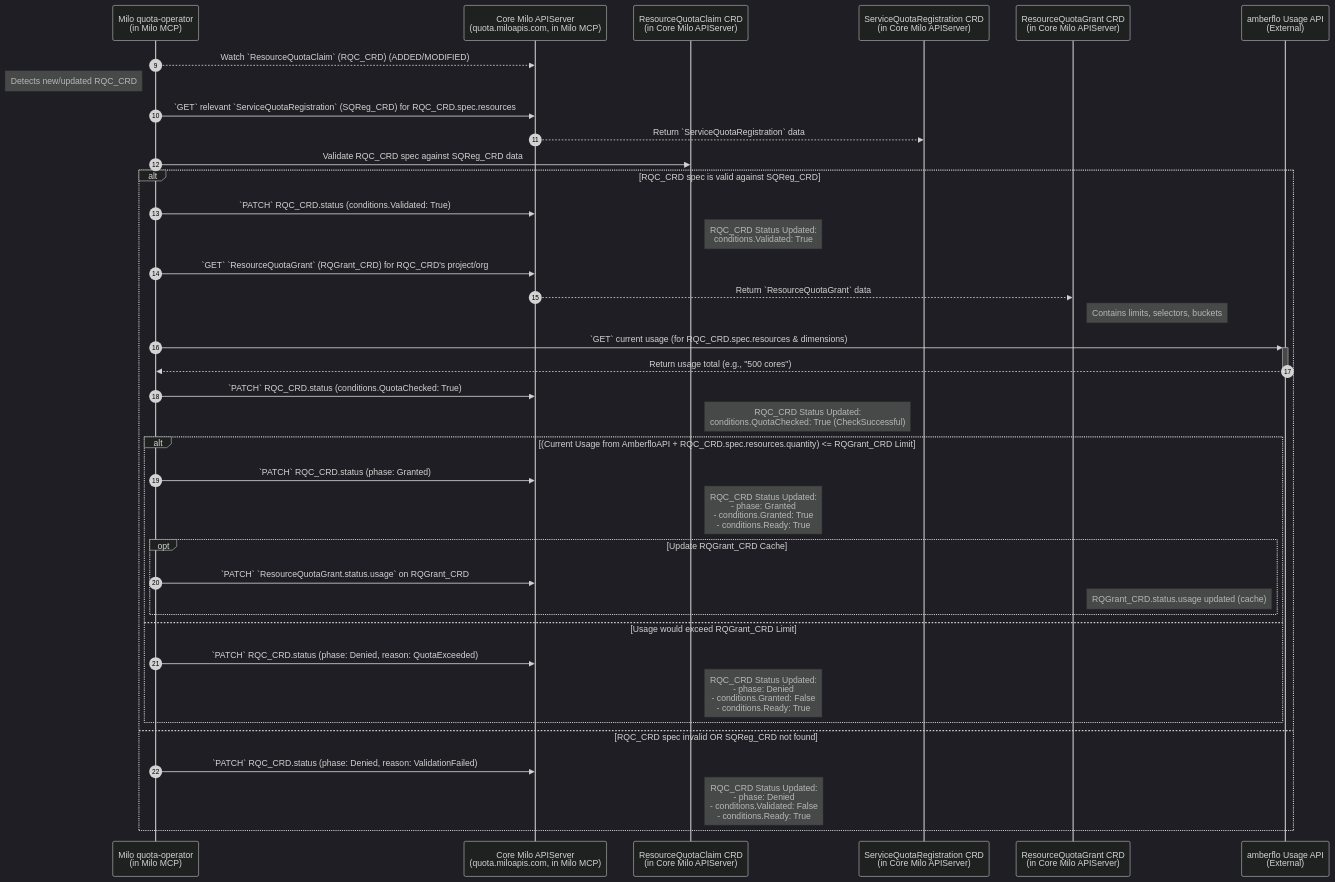
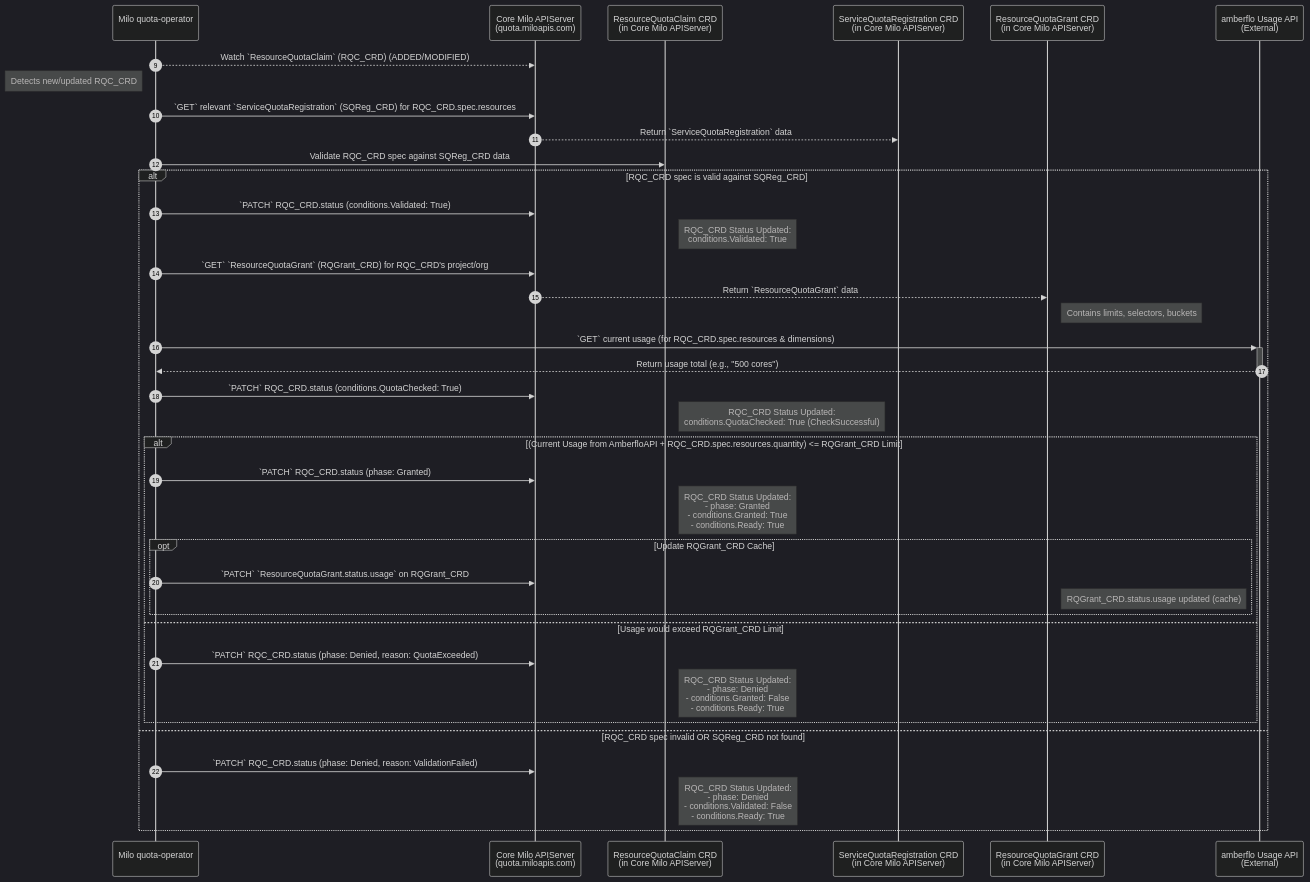
The sixth of 9 diagrams in enhancements/platform/quota-management/README.md (datum-cloud/enhancements), drawn with Mermaid (dark theme) before and after one commit. The commit also changed other lines of this file, not shown here.

Commit message:
enh(quota): removes MCP and PCP references

````diff
--- a/enhancements/platform/quota-management/README.md
+++ b/enhancements/platform/quota-management/README.md
@@ -1644,48 +1638,48 @@
 ```mermaid
 %% Sequence Diagram - Quota Reconciliation by quota-operator
 sequenceDiagram
     autonumber 9
 
-    participant MiloQuotaOp as Milo quota-operator <br> (in Milo MCP)
-    participant MiloAPICore as Core Milo APIServer <br> (quota.miloapis.com, in Milo MCP)
+    participant MiloQuotaOp as Milo quota-operator <br>
+    participant MiloAPICore as Core Milo APIServer <br> (quota.miloapis.com)
     participant RQC_CRD as ResourceQuotaClaim CRD <br> (in Core Milo APIServer)
     participant SQReg_CRD as ServiceQuotaRegistration CRD <br> (in Core Milo APIServer)
     participant RQGrant_CRD as ResourceQuotaGrant CRD <br> (in Core Milo APIServer)
     participant AmberfloAPI as amberflo Usage API <br> (External)
 
     MiloQuotaOp-->>MiloAPICore: Watch `ResourceQuotaClaim` (RQC_CRD) (ADDED/MODIFIED)
     note left of MiloQuotaOp: Detects new/updated RQC_CRD
     
     MiloQuotaOp->>MiloAPICore: `GET` relevant `ServiceQuotaRegistration` (SQReg_CRD) for RQC_CRD.spec.resources
     MiloAPICore-->>SQReg_CRD: Return `ServiceQuotaRegistration` data
     MiloQuotaOp->>RQC_CRD: Validate RQC_CRD spec against SQReg_CRD data
     
     alt RQC_CRD spec is valid against SQReg_CRD
         MiloQuotaOp->>MiloAPICore: `PATCH` RQC_CRD.status (conditions.Validated: True)
         note right of RQC_CRD: RQC_CRD Status Updated: <br> conditions.Validated: True
         
         MiloQuotaOp->>MiloAPICore: `GET` `ResourceQuotaGrant` (RQGrant_CRD) for RQC_CRD's project/org
         MiloAPICore-->>RQGrant_CRD: Return `ResourceQuotaGrant` data
         note right of RQGrant_CRD: Contains limits, selectors, buckets
 
         MiloQuotaOp->>+AmberfloAPI: `GET` current usage (for RQC_CRD.spec.resources & dimensions)
         AmberfloAPI-->>-MiloQuotaOp: Return usage total (e.g., "500 cores")
         MiloQuotaOp->>MiloAPICore: `PATCH` RQC_CRD.status (conditions.QuotaChecked: True)
         note right of RQC_CRD: RQC_CRD Status Updated: <br> conditions.QuotaChecked: True (CheckSuccessful)
 
         alt (Current Usage from AmberfloAPI + RQC_CRD.spec.resources.quantity) <= RQGrant_CRD Limit
             MiloQuotaOp->>MiloAPICore: `PATCH` RQC_CRD.status (phase: Granted)
             note right of RQC_CRD: RQC_CRD Status Updated: <br> - phase: Granted <br> - conditions.Granted: True <br> - conditions.Ready: True
             opt Update RQGrant_CRD Cache
                  MiloQuotaOp->>MiloAPICore: `PATCH` `ResourceQuotaGrant.status.usage` on RQGrant_CRD
                  note right of RQGrant_CRD: RQGrant_CRD.status.usage updated (cache)
             end
         else Usage would exceed RQGrant_CRD Limit
             MiloQuotaOp->>MiloAPICore: `PATCH` RQC_CRD.status (phase: Denied, reason: QuotaExceeded)
             note right of RQC_CRD: RQC_CRD Status Updated: <br> - phase: Denied <br> - conditions.Granted: False <br> - conditions.Ready: True
         end
     else RQC_CRD spec invalid OR SQReg_CRD not found
         MiloQuotaOp->>MiloAPICore: `PATCH` RQC_CRD.status (phase: Denied, reason: ValidationFailed)
         note right of RQC_CRD: RQC_CRD Status Updated: <br> - phase: Denied <br> - conditions.Validated: False <br> - conditions.Ready: True
     end
 ```
````
